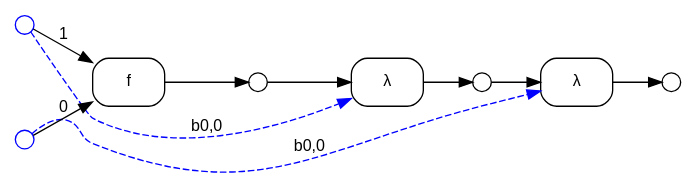
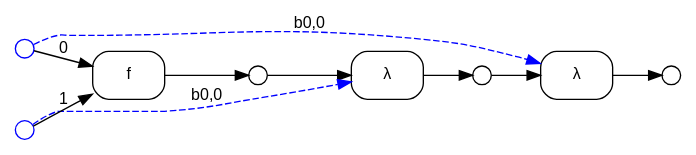
One commit to ammatsui/bhypvis changed the diagram in example_curried.dot. Above: the diagram before and after it, drawn with Graphviz. The commit also changed other lines of this file and 654 other files, not shown here.

```diff
--- a/example_curried.dot
+++ b/example_curried.dot
@@ -1,32 +1,32 @@
 digraph G {
   fontname="Helvetica"
   fontsize=12
   rankdir=LR;
   node [fontname="Helvetica", fontsize=12];
   edge [fontname="Helvetica", fontsize=12];
 
   // Nodes
+  n2 [label="", shape=circle, style=filled, fillcolor=white, color="black", width=0.2, height=0.2, fixedsize=true];
   n1 [label="", shape=circle, style=filled, fillcolor=white, color="blue", width=0.2, height=0.2, fixedsize=true];
+  n0 [label="", shape=circle, style=filled, fillcolor=white, color="blue", width=0.2, height=0.2, fixedsize=true];
   n3 [label="", shape=circle, style=filled, fillcolor=white, color="black", width=0.2, height=0.2, fixedsize=true];
-  n0 [label="", shape=circle, style=filled, fillcolor=white, color="blue", width=0.2, height=0.2, fixedsize=true];
-  n2 [label="", shape=circle, style=filled, fillcolor=white, color="black", width=0.2, height=0.2, fixedsize=true];
   n4 [label="", shape=circle, style=filled, fillcolor=white, color="black", width=0.2, height=0.2, fixedsize=true];
 
   // Hyperedges
+  e1 [label="λ", shape=box, style=rounded, color="black"];
   e2 [label="λ", shape=box, style=rounded, color="black"];
   e0 [label="f", shape=box, style=rounded, color="black"];
-  e1 [label="λ", shape=box, style=rounded, color="black"];
 
   // Source connections
+  n2 -> e1 [label=""];
+  n1 -> e1 [style=dashed, color="blue", constraint=false, label="b0,0"];
   n3 -> e2 [label=""];
   n0 -> e2 [style=dashed, color="blue", constraint=false, label="b0,0"];
   n0 -> e0 [label="0"];
   n1 -> e0 [label="1"];
-  n2 -> e1 [label=""];
-  n1 -> e1 [style=dashed, color="blue", constraint=false, label="b0,0"];
 
   // Target connections
+  e1 -> n3 [label=""];
   e2 -> n4 [label=""];
   e0 -> n2 [label=""];
-  e1 -> n3 [label=""];
 }
```
